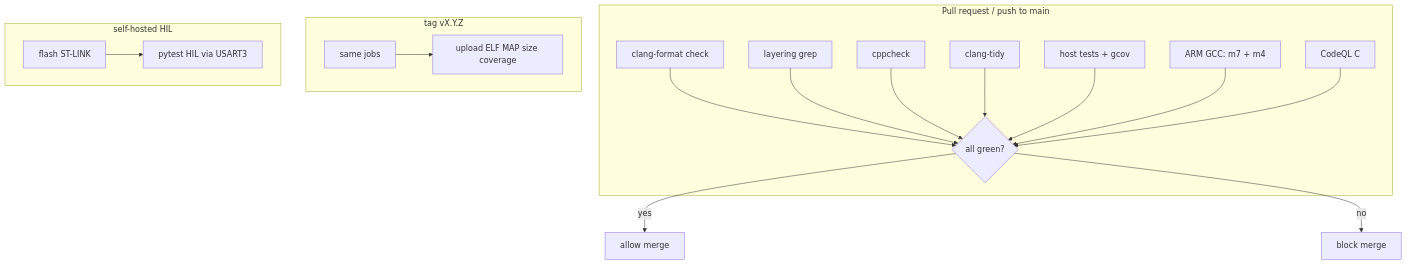
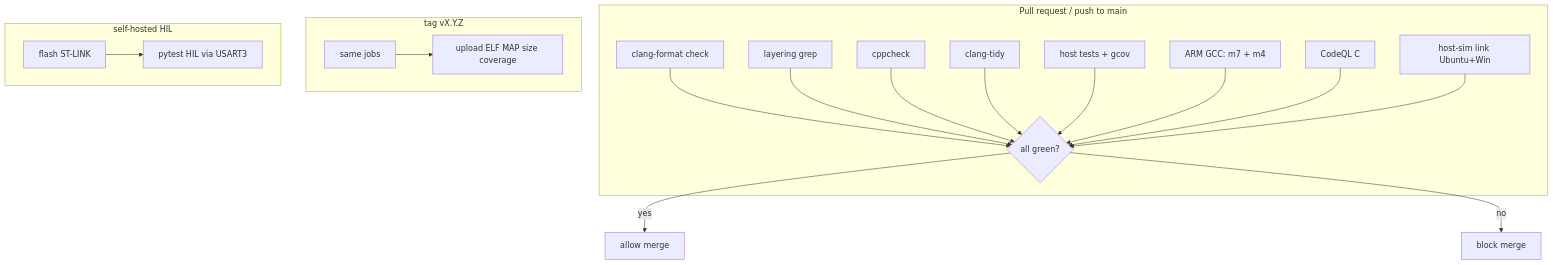
The first of 2 diagrams in doc/CICD.md (vanbuong/stm32h745-disco), drawn with Mermaid before and after one commit. The commit also changed other lines of this file and 4 other files, not shown here.

First line of the commit message:
Plan Sprint 5b: host LVGL simulator on Ubuntu and Windows

````diff
--- a/doc/CICD.md
+++ b/doc/CICD.md
@@ -17,20 +17,21 @@
 ```mermaid
 flowchart TB
   subgraph pr [Pull request / push to main]
     A[clang-format check] --> G{all green?}
     B[layering grep] --> G
     C[cppcheck] --> G
     D[clang-tidy] --> G
     E[host tests + gcov] --> G
     F[ARM GCC: m7 + m4] --> G
     Q[CodeQL C] --> G
+    SIM[host-sim link Ubuntu+Win] --> G
   end
   G -->|yes| M[allow merge]
   G -->|no| X[block merge]
   subgraph release [tag vX.Y.Z]
     R[same jobs] --> S[upload ELF MAP size coverage]
   end
   subgraph later [self-hosted HIL]
     H[flash ST-LINK] --> I[pytest HIL via USART3]
   end
 ```
````
